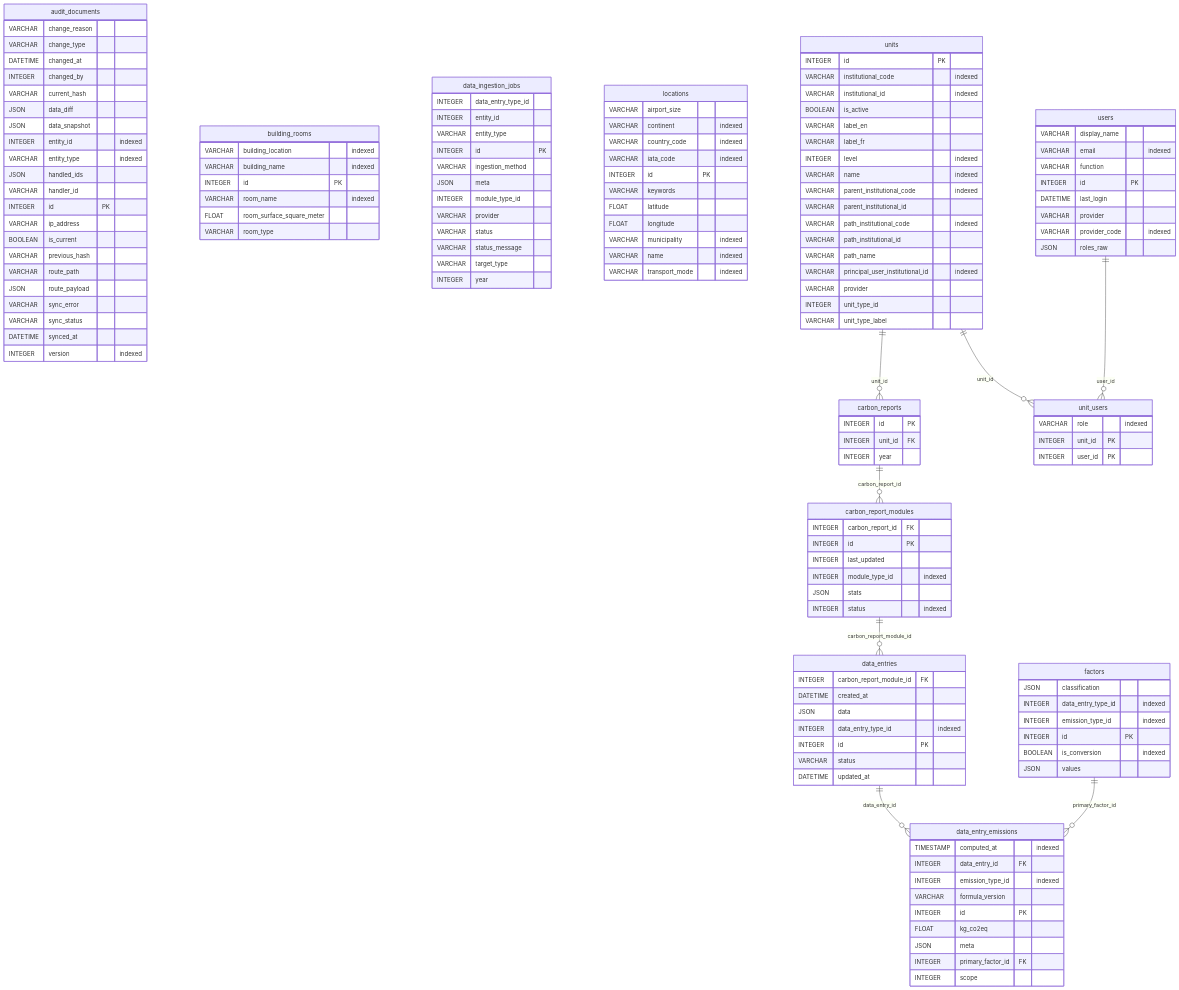
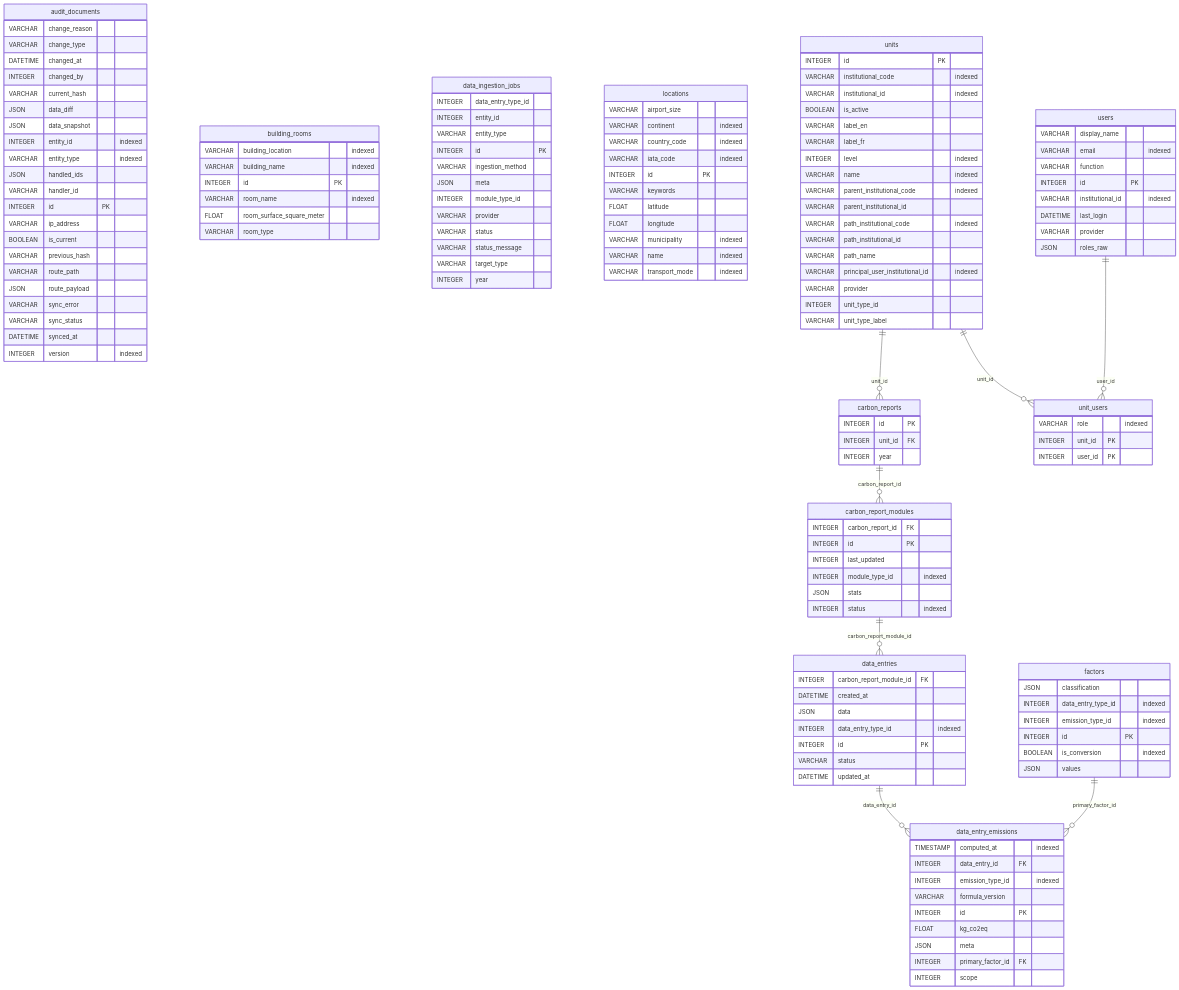
The diagram in docs/src/database/erd.md (EPFL-ENAC/co2-calculator), drawn with Mermaid before and after one commit. The commit also changed 37 other files, not shown here.

```diff
--- a/docs/src/database/erd.md
+++ b/docs/src/database/erd.md
@@ -130,9 +130,9 @@
     VARCHAR email "indexed"
     VARCHAR function
     INTEGER id PK
+    VARCHAR institutional_id "indexed"
     DATETIME last_login
     VARCHAR provider
-    VARCHAR provider_code "indexed"
     JSON roles_raw
   }
   carbon_report_modules ||--}o data_entries : "carbon_report_module_id"
```
